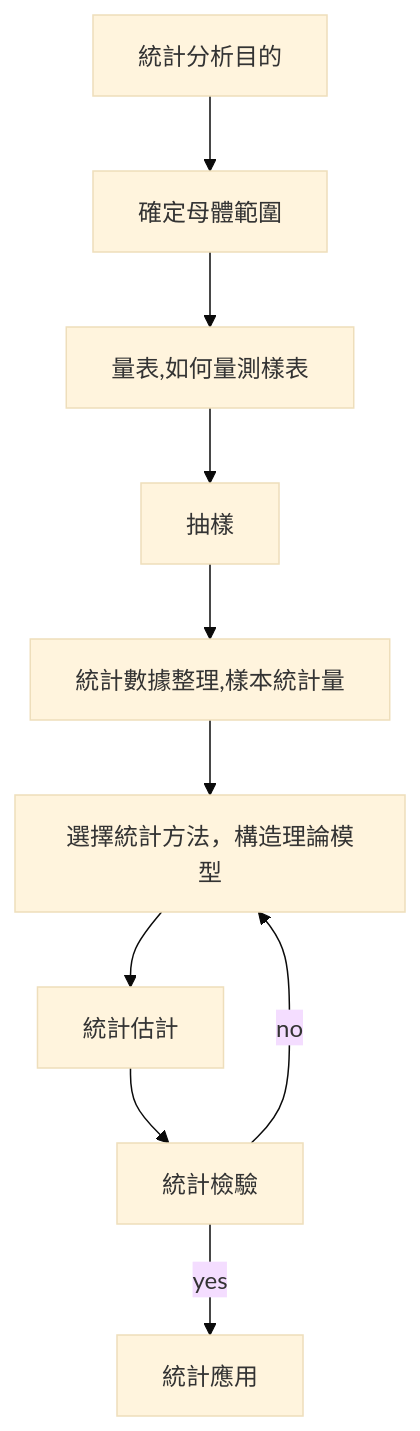
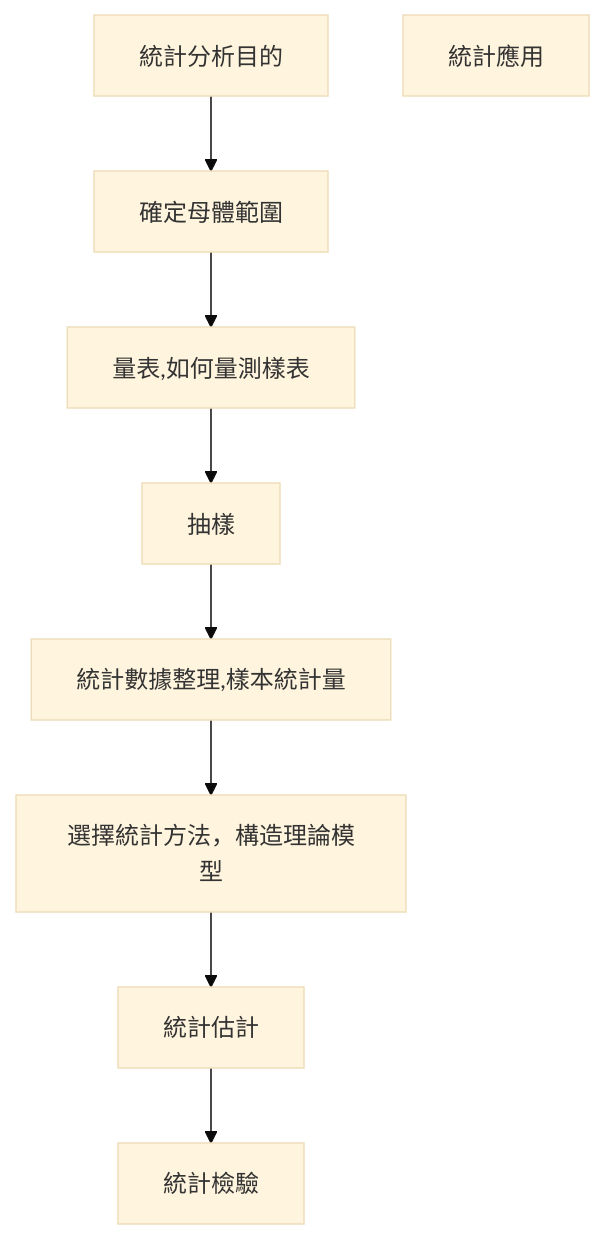
One commit to chchoiw/chchoiw.github.io changed the first of 2 diagrams in _posts/2022-05-21-statistic_.md. Above: the diagram before and after it, drawn with Mermaid (base theme).

````diff
--- a/_posts/2022-05-21-statistic_.md
+++ b/_posts/2022-05-21-statistic_.md
@@ -44,22 +44,20 @@
 ```mermaid
 graph TB
 iid0[統計分析目的]
 iid1[確定母體範圍]
 iid2[量表,如何量測樣表]
 iid3[抽樣]
 iid4[統計數據整理,樣本統計量]
 iid5[選擇統計方法，構造理論模型]
 iid6[統計估計]
 iid7[統計檢驗]
 iid8[統計應用]
 
 iid0-->iid1
 iid1-->iid2
 iid2-->iid3
 iid3-->iid4
 iid4-->iid5
 iid5-->iid6
 iid6-->iid7
-iid7-->|yes|iid8
-iid7-->|no|iid5
 ```
````
